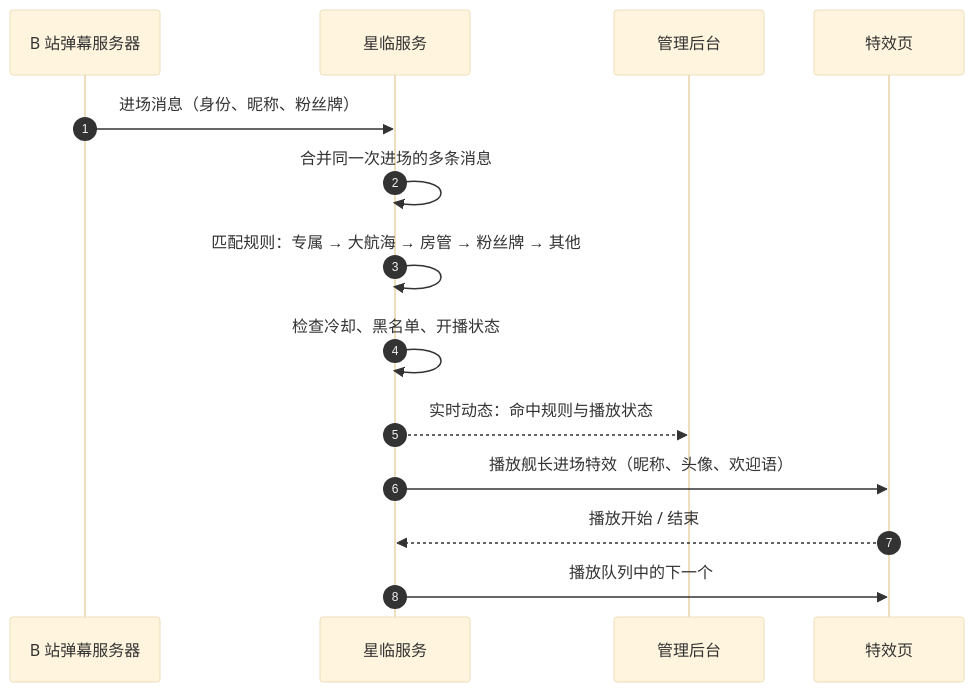
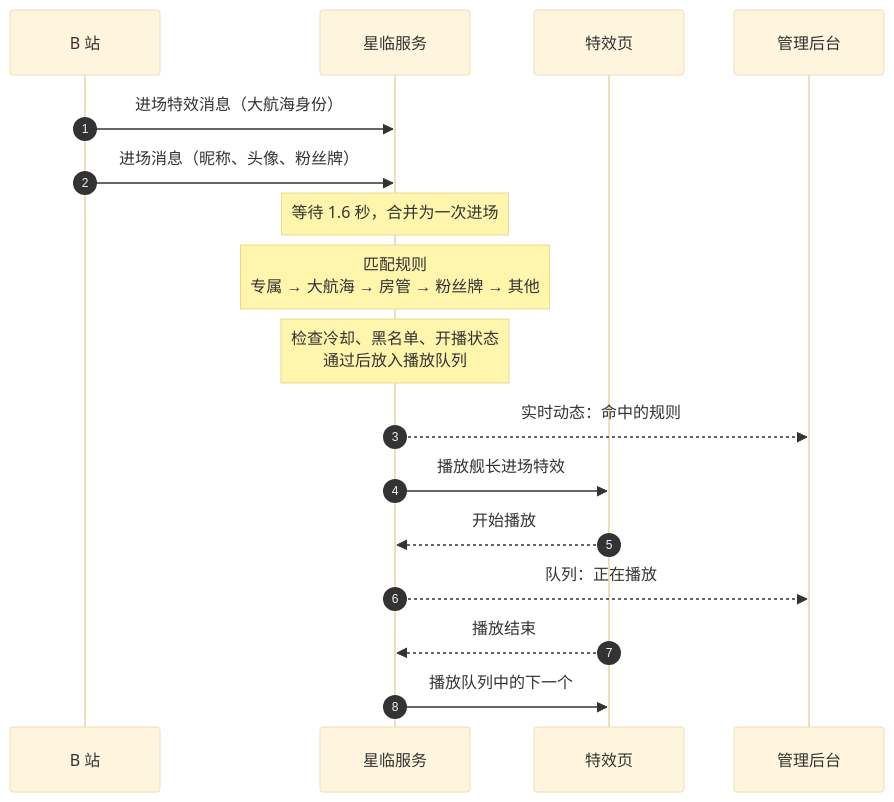
One commit to chrismaxluo/starfall changed the second of 3 diagrams in README.md. Above: the diagram before and after it, drawn with Mermaid (base theme). The commit also changed other lines of this file, not shown here.

Commit message:
README：架构图改为上下布局并补全播放回报；事件流程画出两条进场消息，内部步骤改为说明框

````diff
--- a/README.md
+++ b/README.md
@@ -98,16 +96,19 @@
 ```mermaid
 sequenceDiagram
     autonumber
-    participant B as B 站弹幕服务器
+    participant B as B 站
     participant S as 星临服务
+    participant O as 特效页
     participant A as 管理后台
-    participant O as 特效页
-    B->>S: 进场消息（身份、昵称、粉丝牌）
-    S->>S: 合并同一次进场的多条消息
-    S->>S: 匹配规则：专属 → 大航海 → 房管 → 粉丝牌 → 其他
-    S->>S: 检查冷却、黑名单、开播状态
-    S-->>A: 实时动态：命中规则与播放状态
-    S->>O: 播放舰长进场特效（昵称、头像、欢迎语）
-    O-->>S: 播放开始 / 结束
+    B->>S: 进场特效消息（大航海身份）
+    B->>S: 进场消息（昵称、头像、粉丝牌）
+    Note over S: 等待 1.6 秒，合并为一次进场
+    Note over S: 匹配规则<br/>专属 → 大航海 → 房管 → 粉丝牌 → 其他
+    Note over S: 检查冷却、黑名单、开播状态<br/>通过后放入播放队列
+    S-->>A: 实时动态：命中的规则
+    S->>O: 播放舰长进场特效
+    O-->>S: 开始播放
+    S-->>A: 队列：正在播放
+    O-->>S: 播放结束
     S->>O: 播放队列中的下一个
 ```
````
